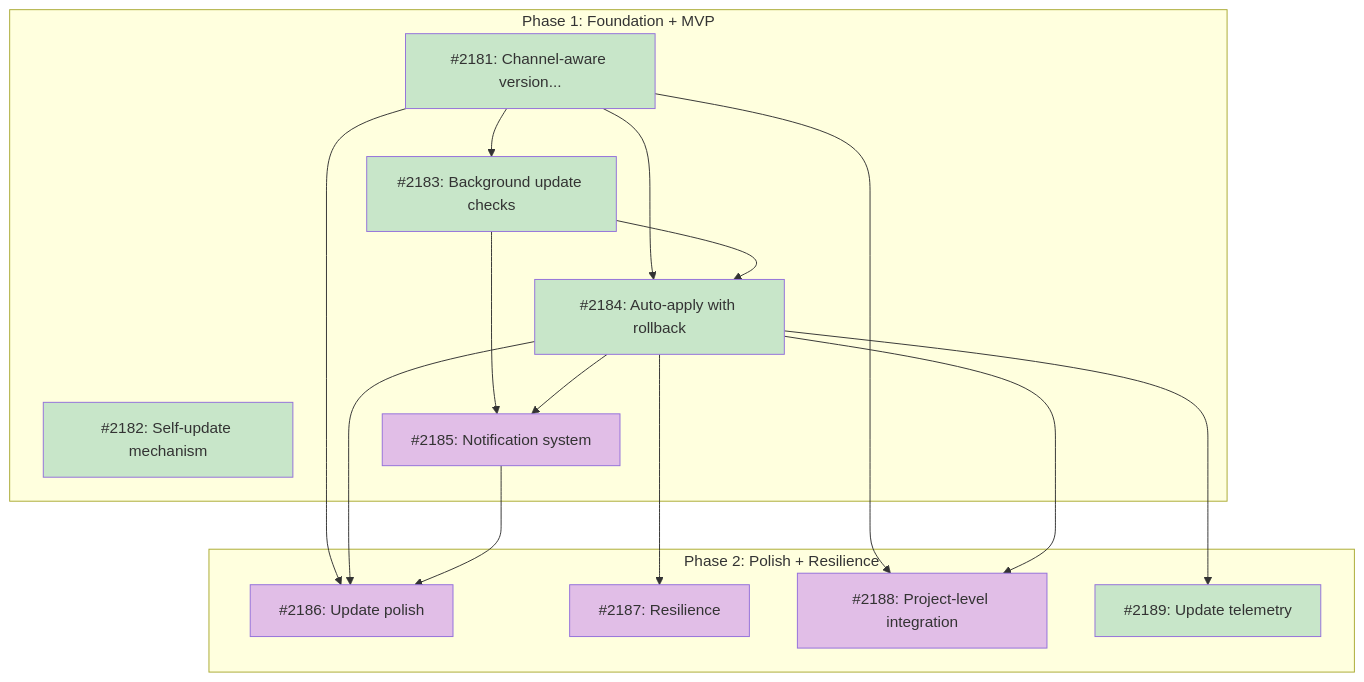
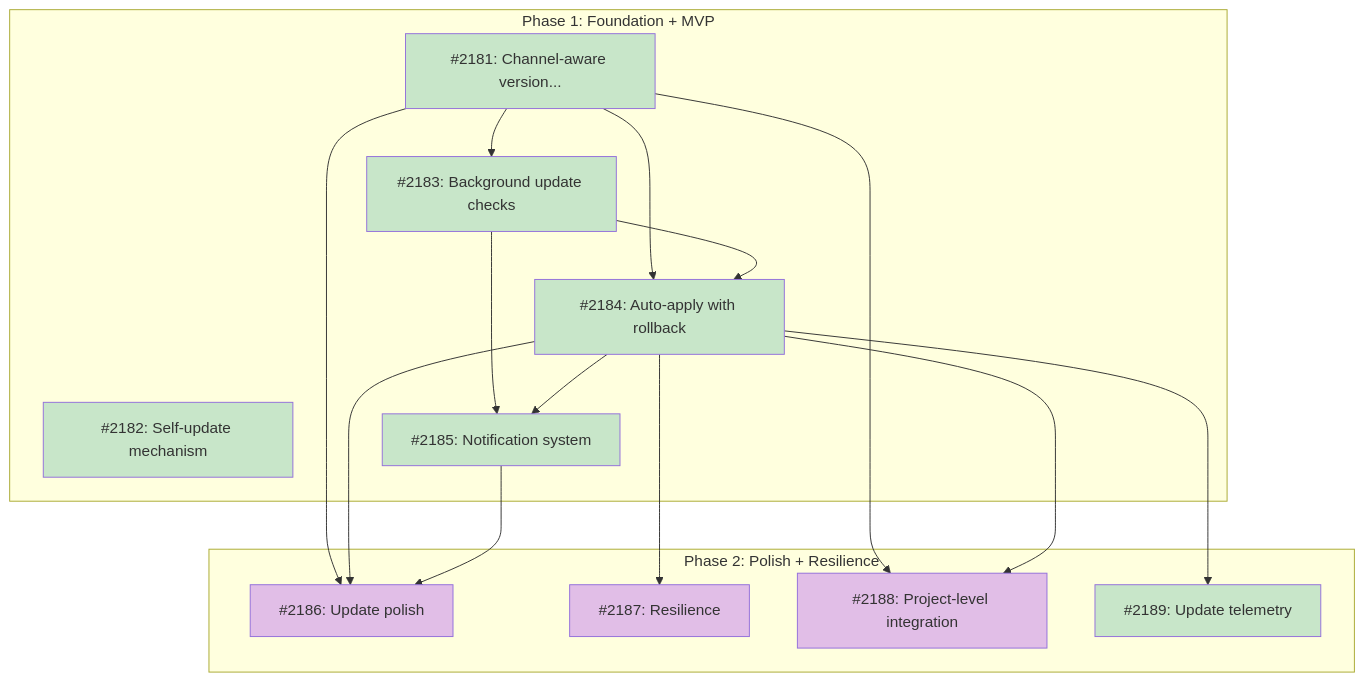
One commit to tsukumogami/tsuku changed the diagram in docs/roadmaps/ROADMAP-auto-update.md. Above: the diagram before and after it, drawn with Mermaid. The commit also changed other lines of this file and 3 other files, not shown here.

````diff
--- a/docs/roadmaps/ROADMAP-auto-update.md
+++ b/docs/roadmaps/ROADMAP-auto-update.md
@@ -150,43 +150,43 @@
 ```mermaid
 graph TD
     subgraph Phase1["Phase 1: Foundation + MVP"]
         I2181["#2181: Channel-aware version..."]
         I2182["#2182: Self-update mechanism"]
         I2183["#2183: Background update checks"]
         I2184["#2184: Auto-apply with rollback"]
         I2185["#2185: Notification system"]
     end
 
     subgraph Phase2["Phase 2: Polish + Resilience"]
         I2186["#2186: Update polish"]
         I2187["#2187: Resilience"]
         I2188["#2188: Project-level integration"]
         I2189["#2189: Update telemetry"]
     end
 
     I2181 --> I2183
     I2181 --> I2184
     I2183 --> I2184
     I2183 --> I2185
     I2184 --> I2185
     I2181 --> I2186
     I2184 --> I2186
     I2185 --> I2186
     I2184 --> I2187
     I2181 --> I2188
     I2184 --> I2188
     I2184 --> I2189
 
     classDef done fill:#c8e6c9
     classDef ready fill:#bbdefb
     classDef blocked fill:#fff9c4
     classDef needsDesign fill:#e1bee7
     classDef needsPrd fill:#b3e5fc
     classDef needsSpike fill:#ffcdd2
     classDef needsDecision fill:#d1c4e9
     classDef tracksDesign fill:#FFE0B2,stroke:#F57C00,color:#000
     classDef tracksPlan fill:#FFE0B2,stroke:#F57C00,color:#000
 
-    class I2181,I2182,I2183,I2184,I2189 done
-    class I2185,I2186,I2187,I2188 needsDesign
+    class I2181,I2182,I2183,I2184,I2185,I2189 done
+    class I2186,I2187,I2188 needsDesign
 ```
````
